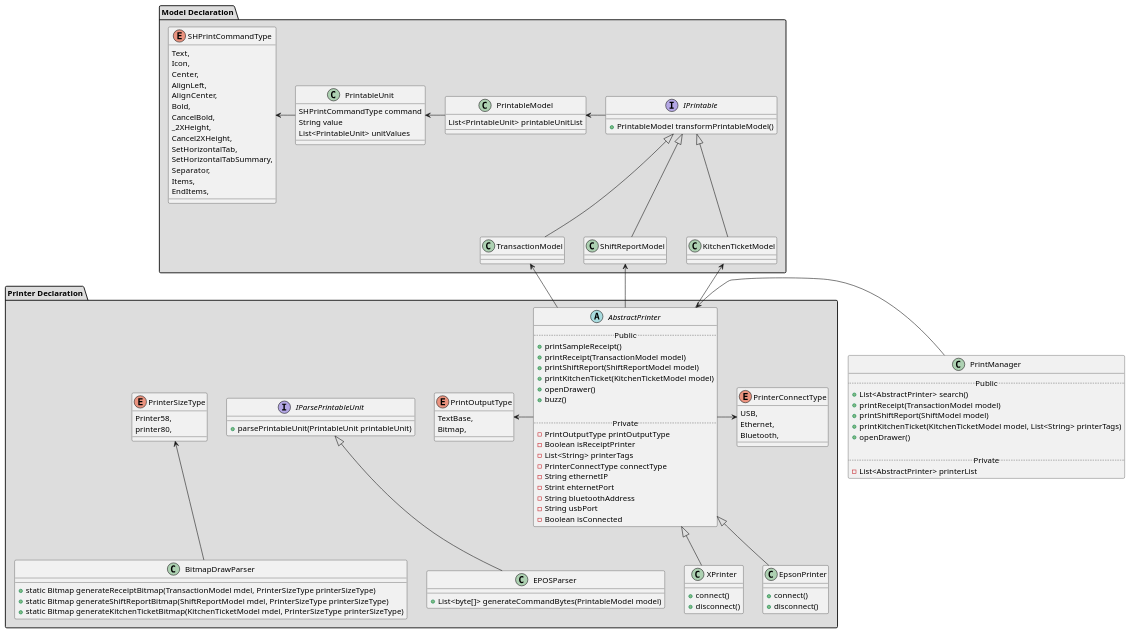
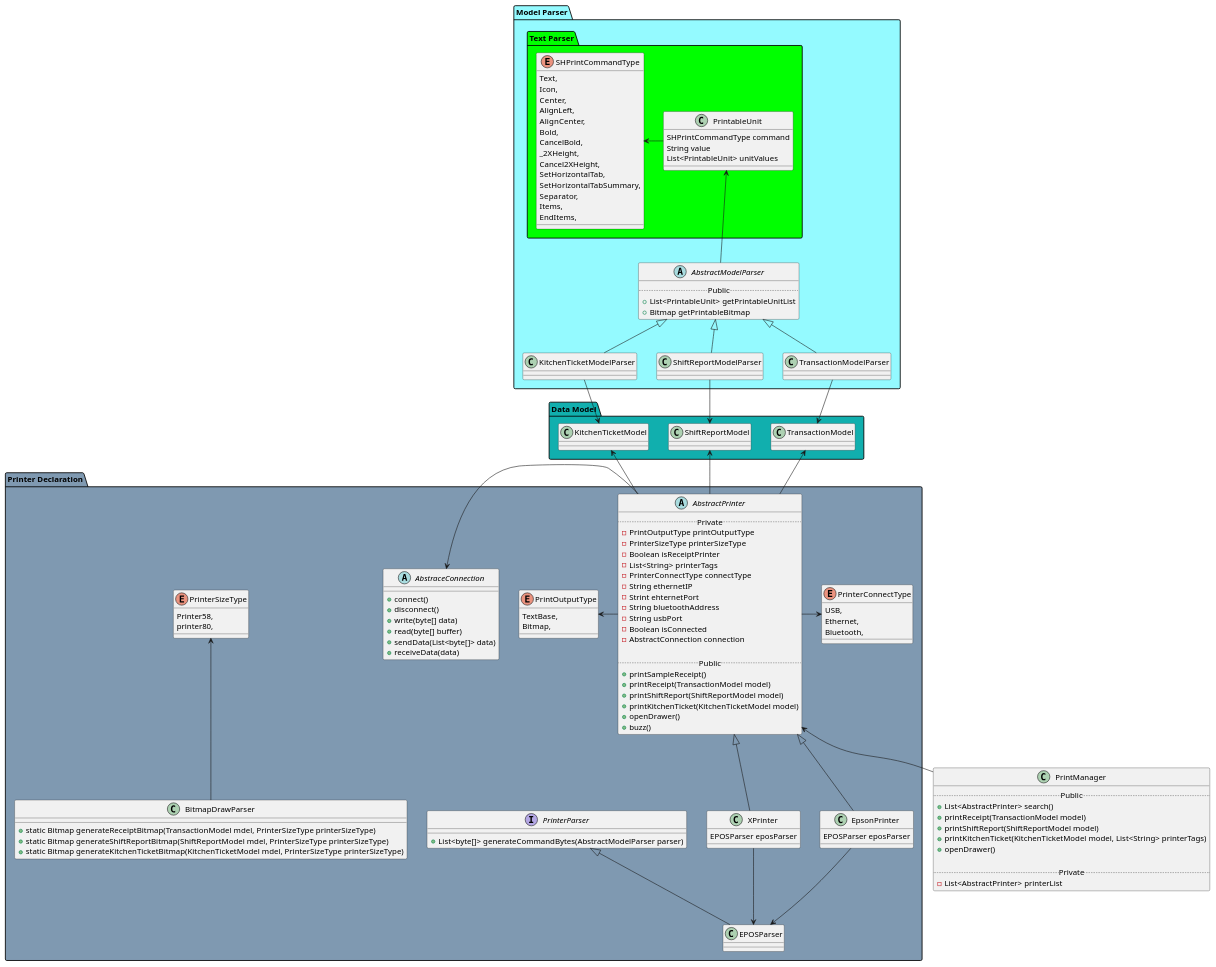
One commit to sumyfly/myUml changed the diagram in src/example/printer.wsd. Above: the diagram before and after it, drawn with PlantUML.

Commit message:
update printer uml

```diff
--- a/src/example/printer.wsd
+++ b/src/example/printer.wsd
@@ -1,147 +1,174 @@
 @startuml printer
 
-package "Model Declaration" #DDDDDD {
-
-  enum SHPrintCommandType {
-    Text,
-    Icon,
-    Center,
-    AlignLeft,
-    AlignCenter,
-    Bold,
-    CancelBold,
-    _2XHeight,
-    Cancel2XHeight,
-    SetHorizontalTab,
-    SetHorizontalTabSummary,
-    Separator,
-    Items,
-    EndItems,
-  }
-
-  class PrintableUnit {
-    SHPrintCommandType command
-    String value
-    List<PrintableUnit> unitValues
-  }
-
-   class PrintableModel{
-    List<PrintableUnit> printableUnitList
-  }
-
-  SHPrintCommandType <- PrintableUnit
-  PrintableUnit <- PrintableModel
-
-  interface IPrintable {
-    + PrintableModel transformPrintableModel()
-  }
-
-  PrintableModel <- IPrintable
-
+package "Data Model" #11AFAE {
   class TransactionModel {
   }
 
   class ShiftReportModel {
   }
 
   class KitchenTicketModel {
   }
 
-  IPrintable <|-- TransactionModel
-  IPrintable <|-- ShiftReportModel
-  IPrintable <|-- KitchenTicketModel
 }
 
+package "Model Parser" #94FAFF {
+  package "Text Parser" #00FF00 {
 
+    enum SHPrintCommandType {
+      Text,
+      Icon,
+      Center,
+      AlignLeft,
+      AlignCenter,
+      Bold,
+      CancelBold,
+      _2XHeight,
+      Cancel2XHeight,
+      SetHorizontalTab,
+      SetHorizontalTabSummary,
+      Separator,
+      Items,
+      EndItems,
+    }
 
-class PrintManager {
-  .. Public ..
-  + List<AbstractPrinter> search()
-  + printReceipt(TransactionModel model)
-  + printShiftReport(ShiftModel model)
-  + printKitchenTicket(KitchenTicketModel model, List<String> printerTags)
-  + openDrawer()
+    class PrintableUnit {
+      SHPrintCommandType command
+      String value
+      List<PrintableUnit> unitValues
+    }
+  }
 
-  .. Private ..
-  - List<AbstractPrinter> printerList
+  abstract class AbstractModelParser{
+    .. Public ..
+    + List<PrintableUnit> getPrintableUnitList
+    + Bitmap getPrintableBitmap
+  }
+
+  SHPrintCommandType <- PrintableUnit
+
+  class TransactionModelParser {
+  }
+
+  class ShiftReportModelParser {
+  }
+
+  class KitchenTicketModelParser {
+  }
+
+  PrintableUnit <-- AbstractModelParser
+
+  AbstractModelParser <|-- TransactionModelParser
+  TransactionModelParser --> TransactionModel
+
+  AbstractModelParser <|-- ShiftReportModelParser
+  ShiftReportModelParser --> ShiftReportModel
+
+  AbstractModelParser <|-- KitchenTicketModelParser
+  KitchenTicketModelParser --> KitchenTicketModel
 }
 
-package "Printer Declaration" #DDDDDD {
+package "Printer Declaration" #7F99B1 {
   enum PrinterConnectType{
     USB,
     Ethernet,
     Bluetooth,
   }
 
   enum PrintOutputType {
     TextBase,
     Bitmap,
   }
 
+  abstract class AbstraceConnection {
+    + connect()
+    + disconnect()
+    + write(byte[] data)
+    + read(byte[] buffer)
+    + sendData(List<byte[]> data)
+    + receiveData(data)
+  }
+
   abstract class AbstractPrinter{
-    .. Public ..
-    + printSampleReceipt()
-    + printReceipt(TransactionModel model)
-    + printShiftReport(ShiftReportModel model)
-    + printKitchenTicket(KitchenTicketModel model)
-    + openDrawer()
-    + buzz()
-
     .. Private ..
     - PrintOutputType printOutputType
+    - PrinterSizeType printerSizeType
     - Boolean isReceiptPrinter
     - List<String> printerTags
     - PrinterConnectType connectType
     - String ethernetIP
     - Strint ehternetPort
     - String bluetoothAddress
     - String usbPort
     - Boolean isConnected
-  }
+    - AbstractConnection connection
 
-  interface IParsePrintableUnit{
-    + parsePrintableUnit(PrintableUnit printableUnit)
+    .. Public ..
+    + printSampleReceipt()
+    + printReceipt(TransactionModel model)
+    + printShiftReport(ShiftReportModel model)
+    + printKitchenTicket(KitchenTicketModel model)
+    + openDrawer()
+    + buzz()
   }
 
   PrintOutputType <- AbstractPrinter
+  AbstraceConnection <- AbstractPrinter
   AbstractPrinter -> PrinterConnectType
+
   TransactionModel <-- AbstractPrinter
   ShiftReportModel <-- AbstractPrinter
   KitchenTicketModel <-- AbstractPrinter
 
+  interface PrinterParser {
+    + List<byte[]> generateCommandBytes(AbstractModelParser parser)
+  }
+
+  class EPOSParser {
+  }
+
   class XPrinter {
-    + connect()
-    + disconnect()
+    EPOSParser eposParser
   }
 
   class EpsonPrinter {
-    + connect()
-    + disconnect()
+    EPOSParser eposParser
   }
 
   AbstractPrinter <|-- XPrinter
+  XPrinter --> EPOSParser
+
   AbstractPrinter <|-- EpsonPrinter
+  EpsonPrinter --> EPOSParser
 
   enum PrinterSizeType {
     Printer58,
     printer80,
   }
 
   class BitmapDrawParser {
     + static Bitmap generateReceiptBitmap(TransactionModel mdel, PrinterSizeType printerSizeType)
     + static Bitmap generateShiftReportBitmap(ShiftReportModel mdel, PrinterSizeType printerSizeType)
     + static Bitmap generateKitchenTicketBitmap(KitchenTicketModel mdel, PrinterSizeType printerSizeType)
   }
 
   PrinterSizeType <-- BitmapDrawParser
 
-  class EPOSParser {
-    + List<byte[]> generateCommandBytes(PrintableModel model)
-  }
-  IParsePrintableUnit  <|-- EPOSParser
-
+  PrinterParser  <|-- EPOSParser
 }
 
-PrintManager -> AbstractPrinter
+class PrintManager {
+  .. Public ..
+  + List<AbstractPrinter> search()
+  + printReceipt(TransactionModel model)
+  + printShiftReport(ShiftReportModel model)
+  + printKitchenTicket(KitchenTicketModel model, List<String> printerTags)
+  + openDrawer()
+
+  .. Private ..
+  - List<AbstractPrinter> printerList
+}
+
+AbstractPrinter <-- PrintManager
 
 @enduml
```
